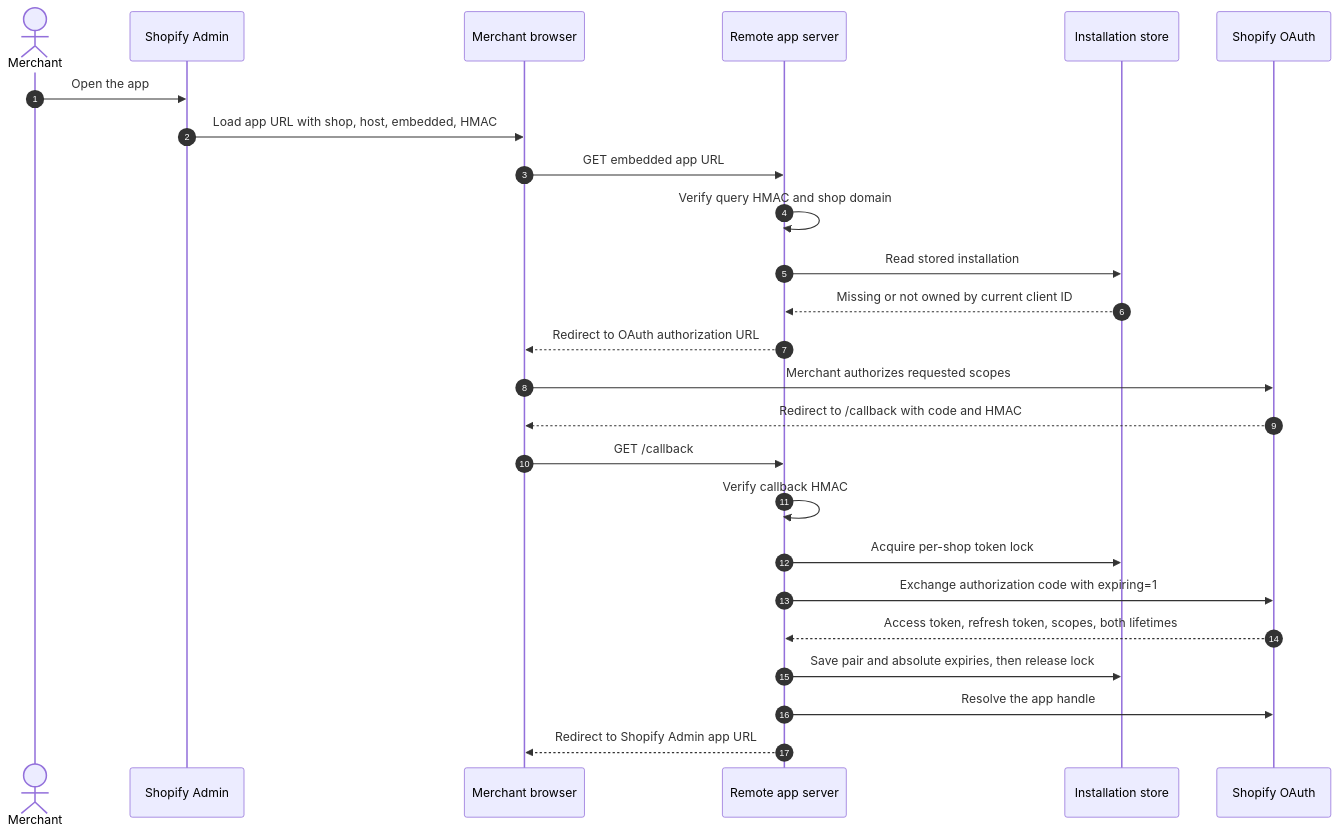
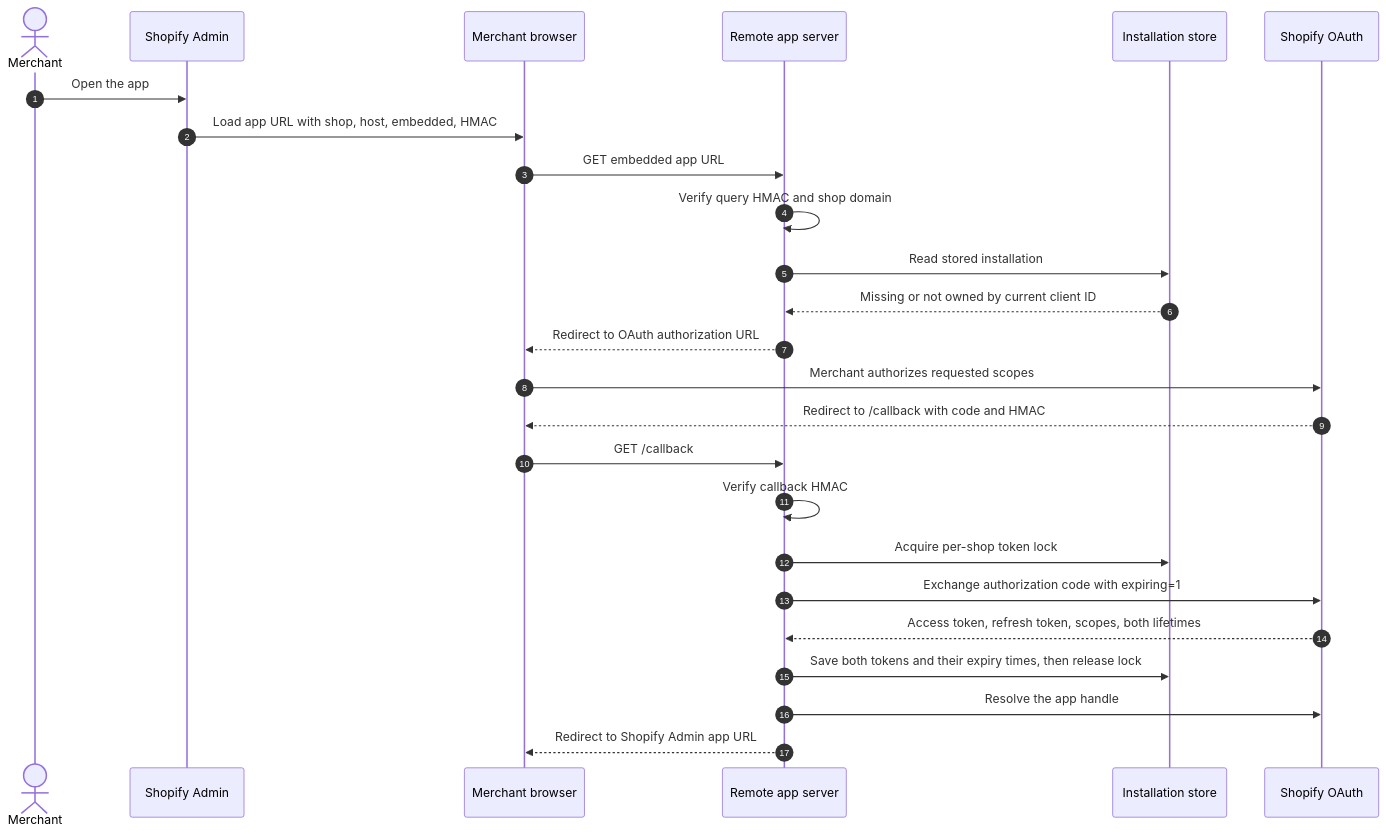
One commit to benzookapi/shopify-barebone-app-sample changed the first of 8 diagrams in docs/00-ARCHITECTURE.md. Above: the diagram before and after it, drawn with Mermaid. The commit also changed other lines of this file, not shown here.

````diff
--- a/docs/00-ARCHITECTURE.md
+++ b/docs/00-ARCHITECTURE.md
@@ -26,28 +26,28 @@
 ```mermaid
 sequenceDiagram
     autonumber
     actor Merchant
     participant Admin as Shopify Admin
     participant Browser as Merchant browser
     participant App as Remote app server
     participant Store as Installation store
     participant OAuth as Shopify OAuth
 
     Merchant->>Admin: Open the app
     Admin->>Browser: Load app URL with shop, host, embedded, HMAC
     Browser->>App: GET embedded app URL
     App->>App: Verify query HMAC and shop domain
     App->>Store: Read stored installation
     Store-->>App: Missing or not owned by current client ID
     App-->>Browser: Redirect to OAuth authorization URL
     Browser->>OAuth: Merchant authorizes requested scopes
     OAuth-->>Browser: Redirect to /callback with code and HMAC
     Browser->>App: GET /callback
     App->>App: Verify callback HMAC
     App->>Store: Acquire per-shop token lock
     App->>OAuth: Exchange authorization code with expiring=1
     OAuth-->>App: Access token, refresh token, scopes, both lifetimes
-    App->>Store: Save pair and absolute expiries, then release lock
+    App->>Store: Save both tokens and their expiry times, then release lock
     App->>OAuth: Resolve the app handle
     App-->>Browser: Redirect to Shopify Admin app URL
 ```
````
